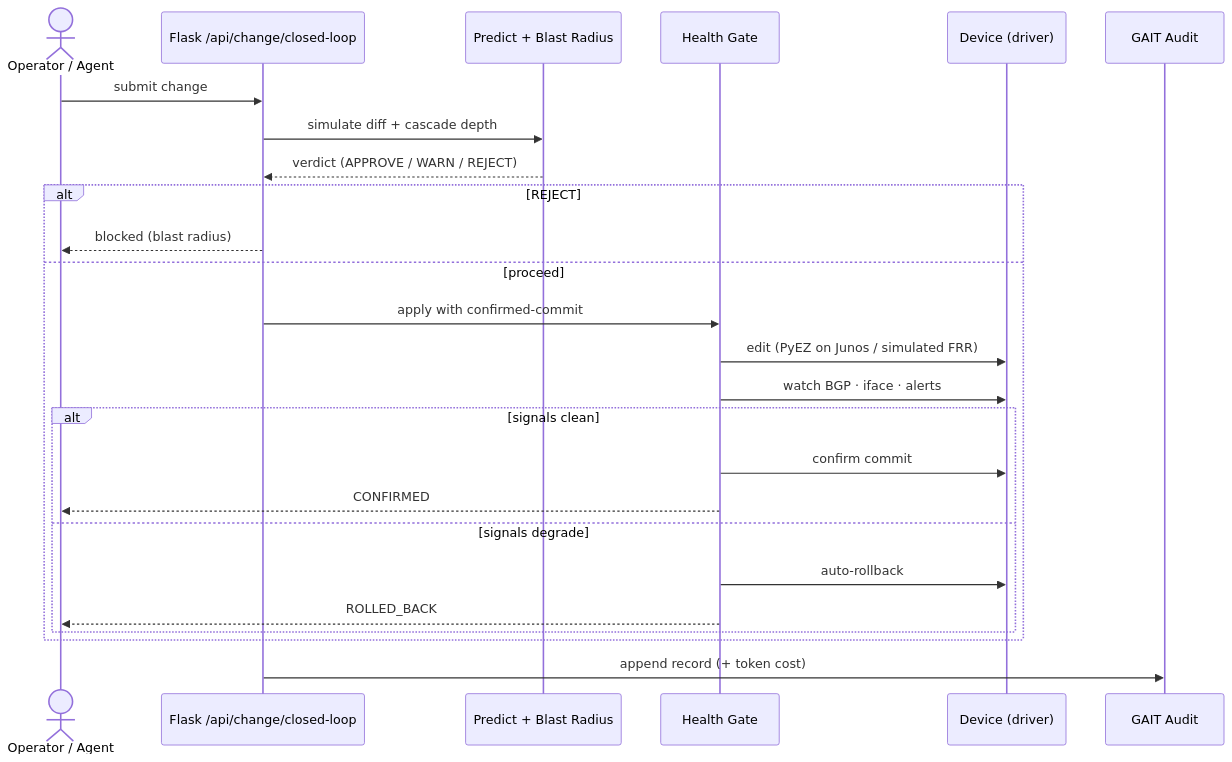
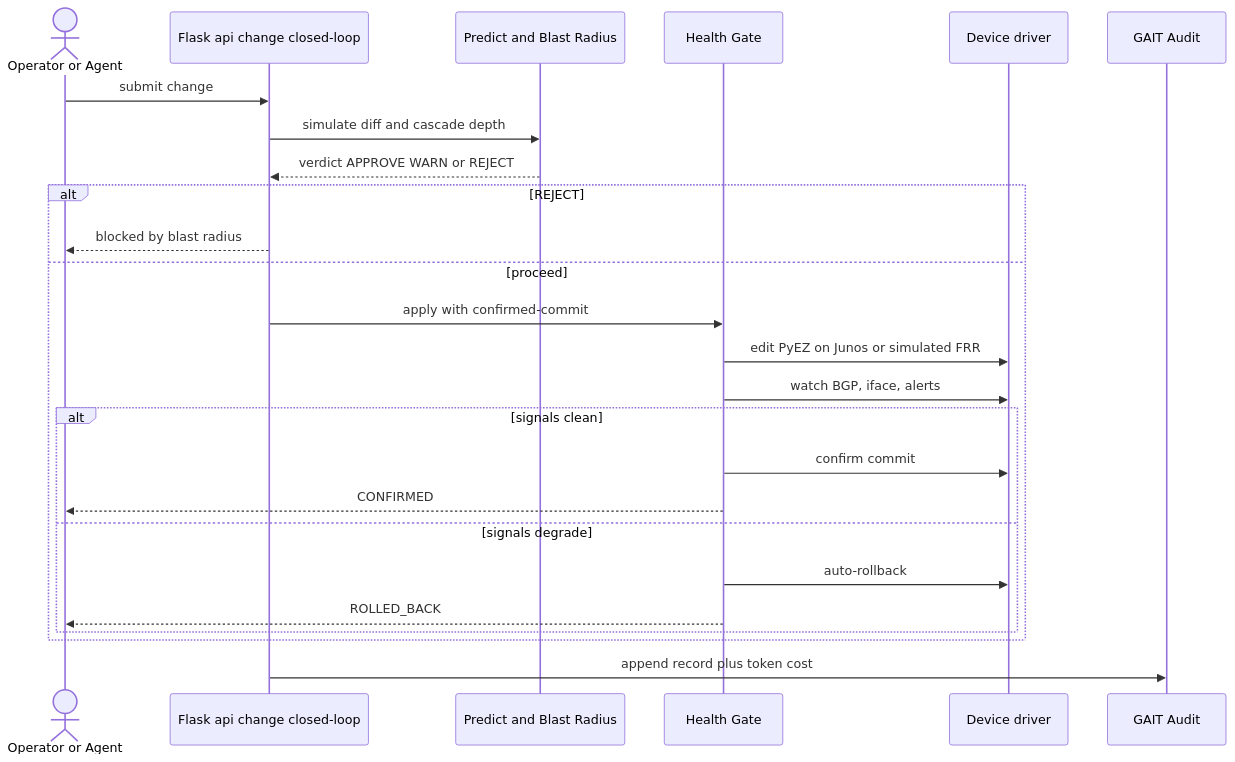
Before and after one commit to gesh75/multivendor-ai-network-lab: the third of 6 diagrams in docs/ARCHITECTURE.md, drawn with Mermaid. The commit also changed other lines of this file and 1 other file, not shown here.

Commit message:
docs: harden mermaid diagrams for reliable GitHub rendering

````diff
--- a/docs/ARCHITECTURE.md
+++ b/docs/ARCHITECTURE.md
@@ -127,28 +127,28 @@
 ```mermaid
 sequenceDiagram
-    actor Op as Operator / Agent
-    participant API as Flask /api/change/closed-loop
-    participant Pred as Predict + Blast Radius
+    actor Op as Operator or Agent
+    participant API as Flask api change closed-loop
+    participant Pred as Predict and Blast Radius
     participant Gate as Health Gate
-    participant Dev as Device (driver)
+    participant Dev as Device driver
     participant Gait as GAIT Audit
 
     Op->>API: submit change
-    API->>Pred: simulate diff + cascade depth
-    Pred-->>API: verdict (APPROVE / WARN / REJECT)
+    API->>Pred: simulate diff and cascade depth
+    Pred-->>API: verdict APPROVE WARN or REJECT
     alt REJECT
-        API-->>Op: blocked (blast radius)
+        API-->>Op: blocked by blast radius
     else proceed
         API->>Gate: apply with confirmed-commit
-        Gate->>Dev: edit (PyEZ on Junos / simulated FRR)
-        Gate->>Dev: watch BGP · iface · alerts
+        Gate->>Dev: edit PyEZ on Junos or simulated FRR
+        Gate->>Dev: watch BGP, iface, alerts
         alt signals clean
             Gate->>Dev: confirm commit
             Gate-->>Op: CONFIRMED
         else signals degrade
             Gate->>Dev: auto-rollback
             Gate-->>Op: ROLLED_BACK
         end
     end
-    API->>Gait: append record (+ token cost)
+    API->>Gait: append record plus token cost
 ```
````
